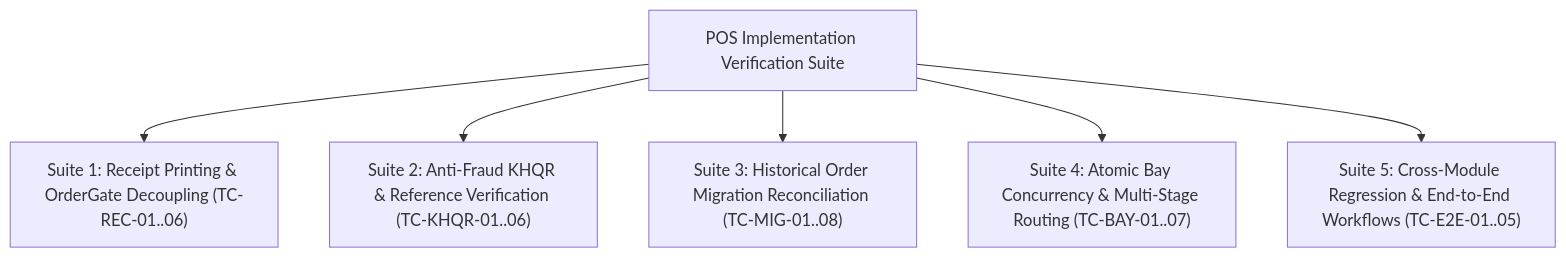
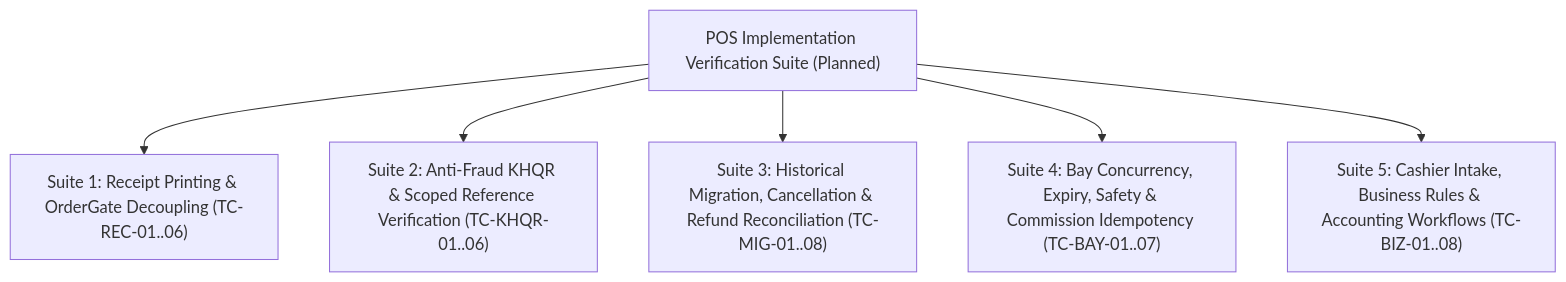
Before and after one commit to Tiffy-gif/Car-WashService: the diagram in POS-IMPLEMENTATION-TEST-MATRIX.md, drawn with Mermaid. The commit also changed other lines of this file and 3 other files, not shown here.

````diff
--- a/POS-IMPLEMENTATION-TEST-MATRIX.md
+++ b/POS-IMPLEMENTATION-TEST-MATRIX.md
@@ -15,16 +22,16 @@
 ```mermaid
 graph TD
-    Suite["POS Implementation Verification Suite"]
+    Suite["POS Implementation Verification Suite (Planned)"]
     
     T1["Suite 1: Receipt Printing & OrderGate Decoupling (TC-REC-01..06)"]
-    T2["Suite 2: Anti-Fraud KHQR & Reference Verification (TC-KHQR-01..06)"]
-    T3["Suite 3: Historical Order Migration Reconciliation (TC-MIG-01..08)"]
-    T4["Suite 4: Atomic Bay Concurrency & Multi-Stage Routing (TC-BAY-01..07)"]
-    T5["Suite 5: Cross-Module Regression & End-to-End Workflows (TC-E2E-01..05)"]
+    T2["Suite 2: Anti-Fraud KHQR & Scoped Reference Verification (TC-KHQR-01..06)"]
+    T3["Suite 3: Historical Migration, Cancellation & Refund Reconciliation (TC-MIG-01..08)"]
+    T4["Suite 4: Bay Concurrency, Expiry, Safety & Commission Idempotency (TC-BAY-01..07)"]
+    T5["Suite 5: Cashier Intake, Business Rules & Accounting Workflows (TC-BIZ-01..08)"]
 
     Suite --> T1
     Suite --> T2
     Suite --> T3
     Suite --> T4
     Suite --> T5
 ```
````
